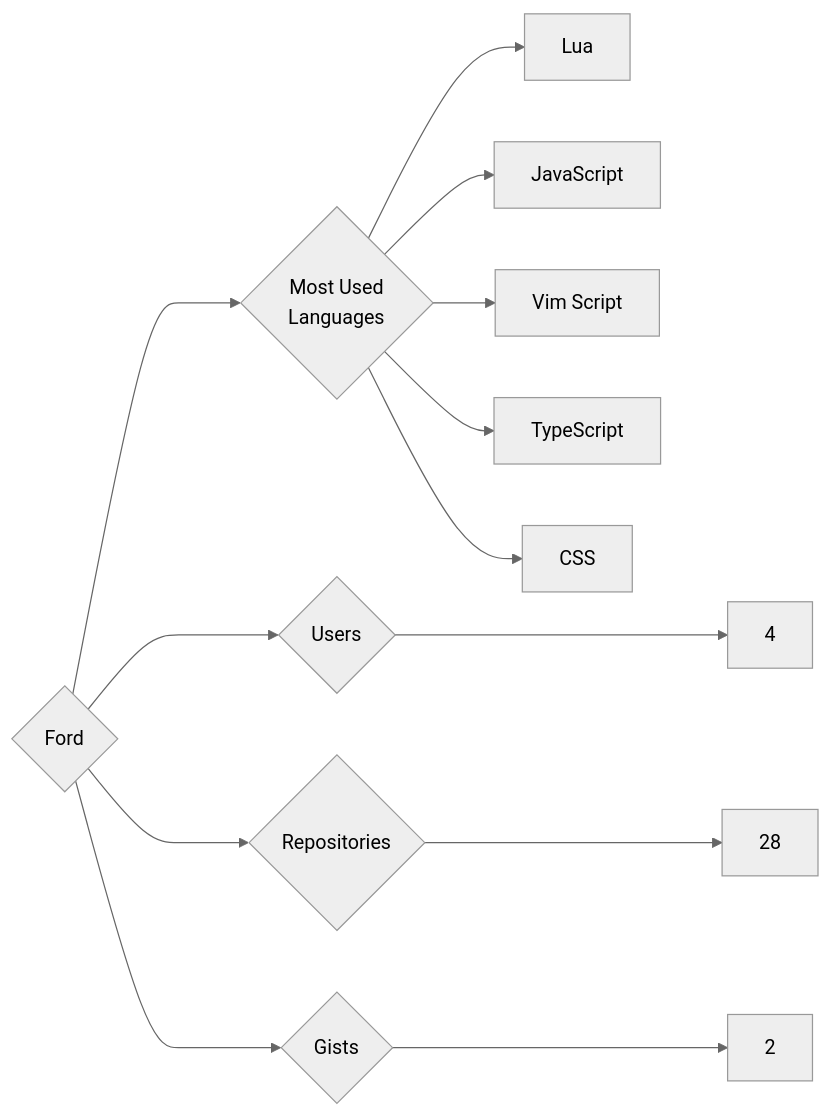
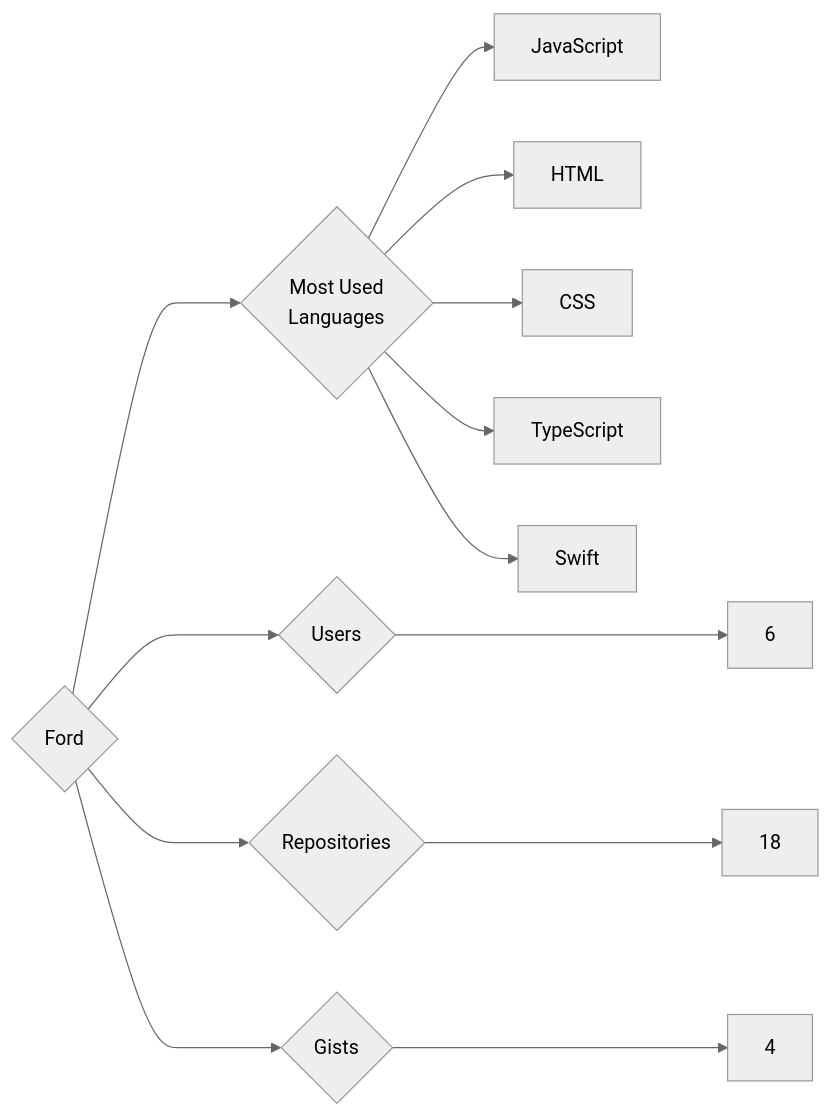
One commit to trickest/insiders changed the diagram in targets/Ford/README.md. Above: the diagram before and after it, drawn with Mermaid (neutral theme). The commit also changed 1023 other files, not shown here.

````diff
--- a/targets/Ford/README.md
+++ b/targets/Ford/README.md
@@ -3,13 +3,13 @@
 ```mermaid
 graph LR
 COMPANY_NAME{Ford}
-COMPANY_NAME ---> U{Users} ---> UN[4]
-COMPANY_NAME ---> R{Repositories} ---> RN[28]
-COMPANY_NAME ---> G{Gists} ---> GN[2]
+COMPANY_NAME ---> U{Users} ---> UN[6]
+COMPANY_NAME ---> R{Repositories} ---> RN[18]
+COMPANY_NAME ---> G{Gists} ---> GN[4]
 COMPANY_NAME ---> ML{Most Used<br>Languages}
-ML --> Lua[Lua]
 ML --> JavaScript[JavaScript]
-ML --> Vim_Script[Vim Script]
+ML --> HTML[HTML]
+ML --> CSS[CSS]
 ML --> TypeScript[TypeScript]
-ML --> CSS[CSS]
+ML --> Swift[Swift]
 ```
````
